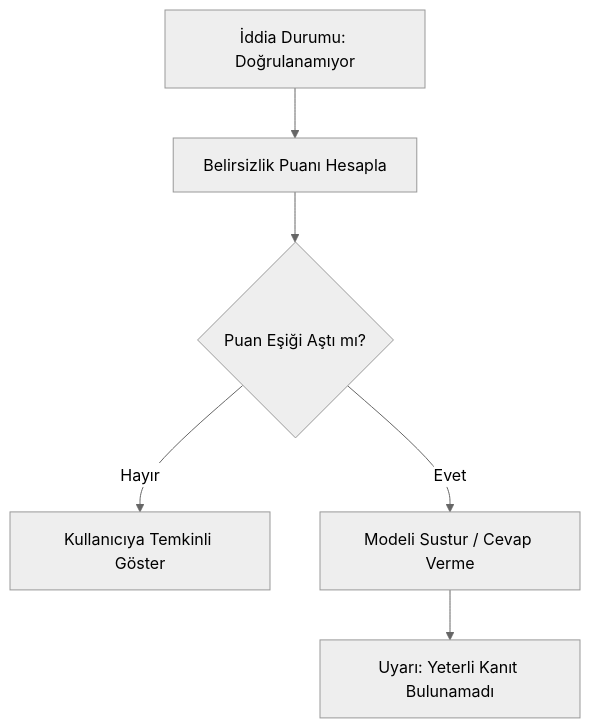
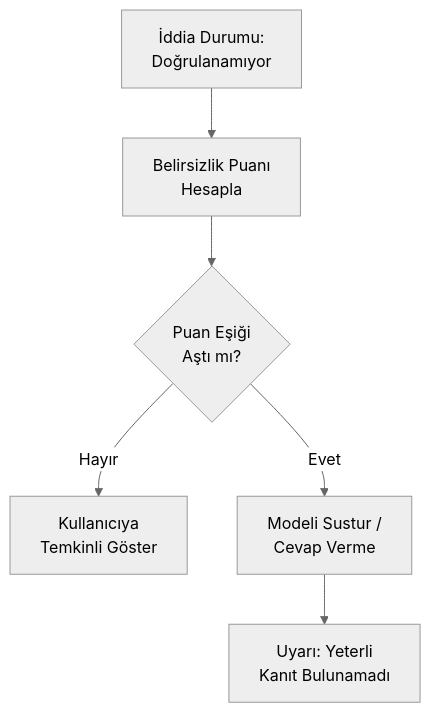
The fifth of 6 diagrams in docs/1_Hafta_Diyagramlari.md (seherayddn/ses-olaylari-guvenilir-yapay-zeka), drawn with Mermaid (neutral theme) before and after one commit. The commit also changed other lines of this file, not shown here.

Commit message:
Update Turkish terms in diagrams for clarity

````diff
--- a/docs/1_Hafta_Diyagramlari.md
+++ b/docs/1_Hafta_Diyagramlari.md
@@ -83,8 +83,8 @@
 ```mermaid
 graph TD
-    A["İddia Durumu: Doğrulanamıyor"] --> B["Belirsizlik Puanı Hesapla"]
-    B --> C{"Puan Eşiği Aştı mı?"}
-    C -- Hayır --> D["Kullanıcıya Temkinli Göster"]
-    C -- Evet --> E["Modeli Sustur / Cevap Verme"]
-    E --> F["Uyarı: Yeterli Kanıt Bulunamadı"]
+    A[ İddia Durumu: <br> Doğrulanamıyor ] --> B[ Belirsizlik Puanı <br> Hesapla ]
+    B --> C{ Puan Eşiği <br> Aştı mı? }
+    C -- Hayır --> D[ Kullanıcıya <br> Temkinli Göster ]
+    C -- Evet --> E[ Modeli Sustur / <br> Cevap Verme ]
+    E --> F[ Uyarı: Yeterli <br> Kanıt Bulunamadı ]
 ```
````
